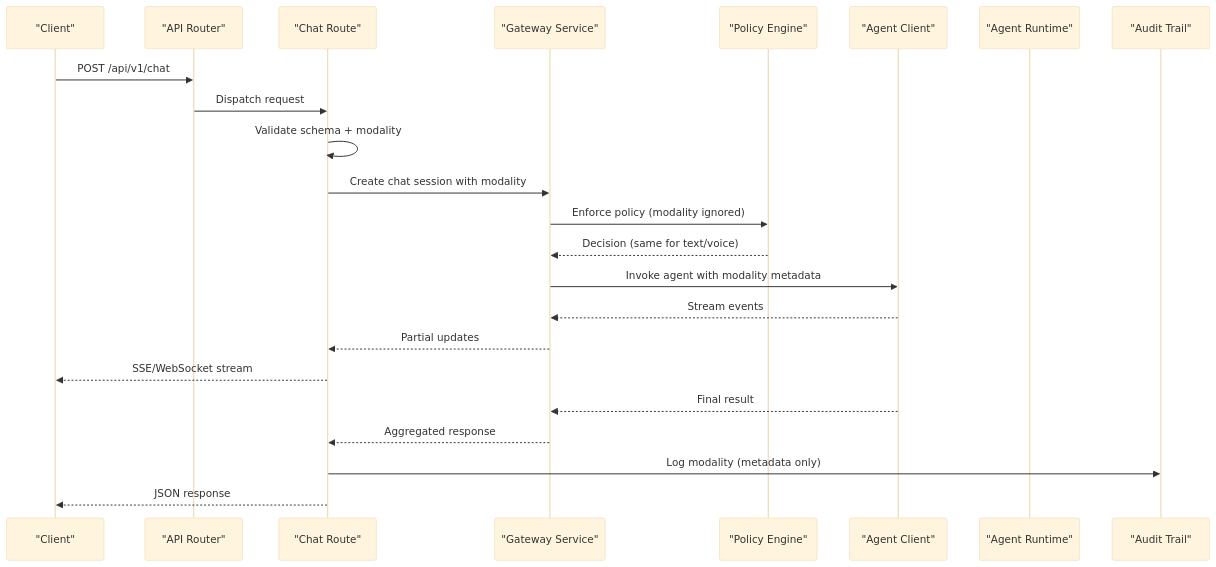
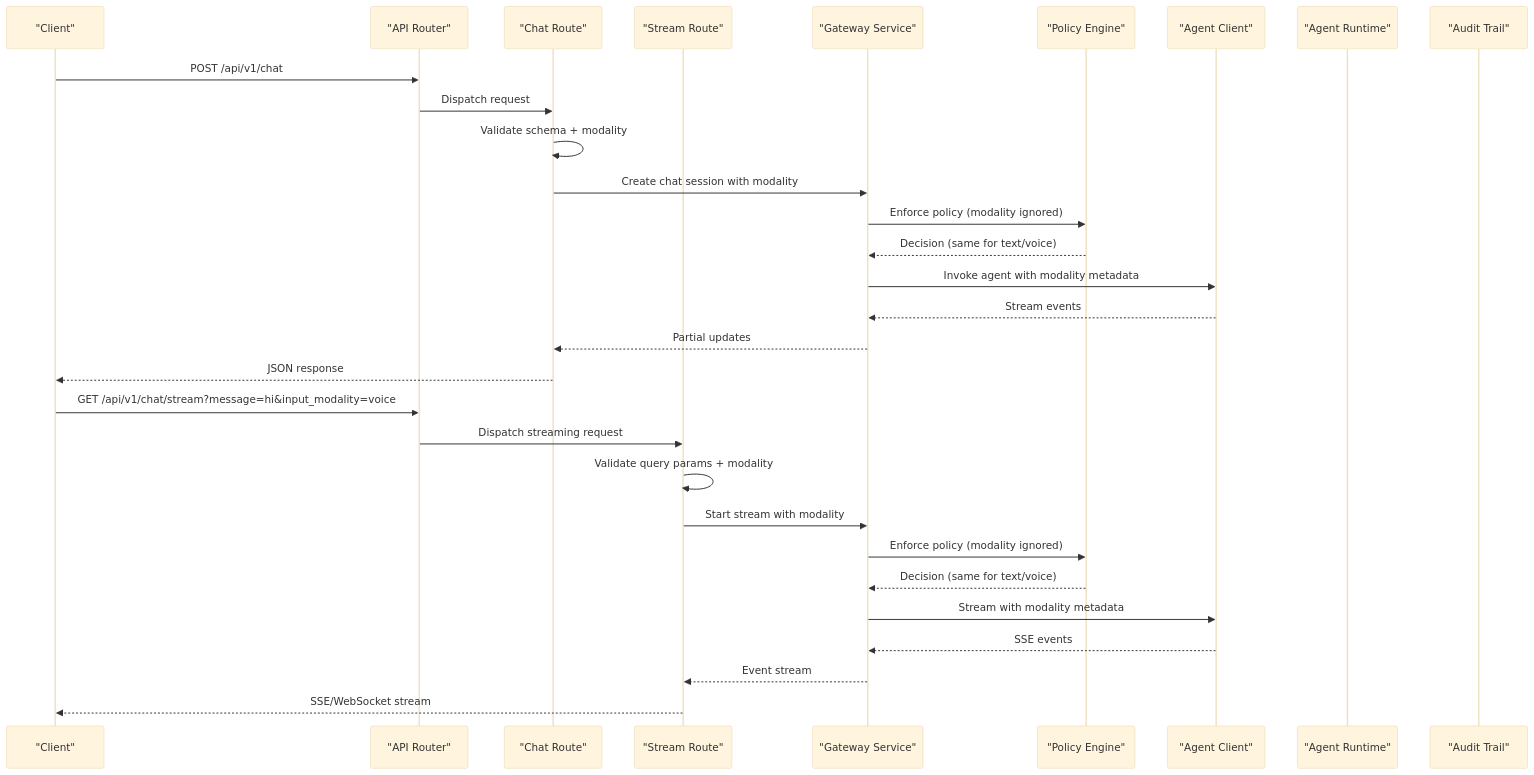
One commit to metasync/luban-aiops changed the second of 3 diagrams in .qoder/repowiki/en/content/Tool Gateway Service/API Endpoints and Authentication/Chat API.md. Above: the diagram before and after it, drawn with Mermaid (base theme). The commit also changed other lines of this file and 51 other files, not shown here.

````diff
--- a/.qoder/repowiki/en/content/Tool Gateway Service/API Endpoints and Authentication/Chat API.md
+++ b/.qoder/repowiki/en/content/Tool Gateway Service/API Endpoints and Authentication/Chat API.md
@@ -97,25 +104,32 @@
 ```mermaid
 sequenceDiagram
 participant Client as "Client"
 participant Router as "API Router"
 participant ChatRoute as "Chat Route"
+participant StreamRoute as "Stream Route"
 participant Gateway as "Gateway Service"
 participant Policy as "Policy Engine"
 participant Agent as "Agent Client"
 participant Runtime as "Agent Runtime"
 participant Audit as "Audit Trail"
 Client->>Router : POST /api/v1/chat
 Router->>ChatRoute : Dispatch request
 ChatRoute->>ChatRoute : Validate schema + modality
 ChatRoute->>Gateway : Create chat session with modality
 Gateway->>Policy : Enforce policy (modality ignored)
 Policy-->>Gateway : Decision (same for text/voice)
 Gateway->>Agent : Invoke agent with modality metadata
 Agent-->>Gateway : Stream events
 Gateway-->>ChatRoute : Partial updates
-ChatRoute-->>Client : SSE/WebSocket stream
-Agent-->>Gateway : Final result
-Gateway-->>ChatRoute : Aggregated response
-ChatRoute->>Audit : Log modality (metadata only)
 ChatRoute-->>Client : JSON response
+Client->>Router : GET /api/v1/chat/stream?message=hi&input_modality=voice
+Router->>StreamRoute : Dispatch streaming request
+StreamRoute->>StreamRoute : Validate query params + modality
+StreamRoute->>Gateway : Start stream with modality
+Gateway->>Policy : Enforce policy (modality ignored)
+Policy-->>Gateway : Decision (same for text/voice)
+Gateway->>Agent : Stream with modality metadata
+Agent-->>Gateway : SSE events
+Gateway-->>StreamRoute : Event stream
+StreamRoute-->>Client : SSE/WebSocket stream
 ```
````
